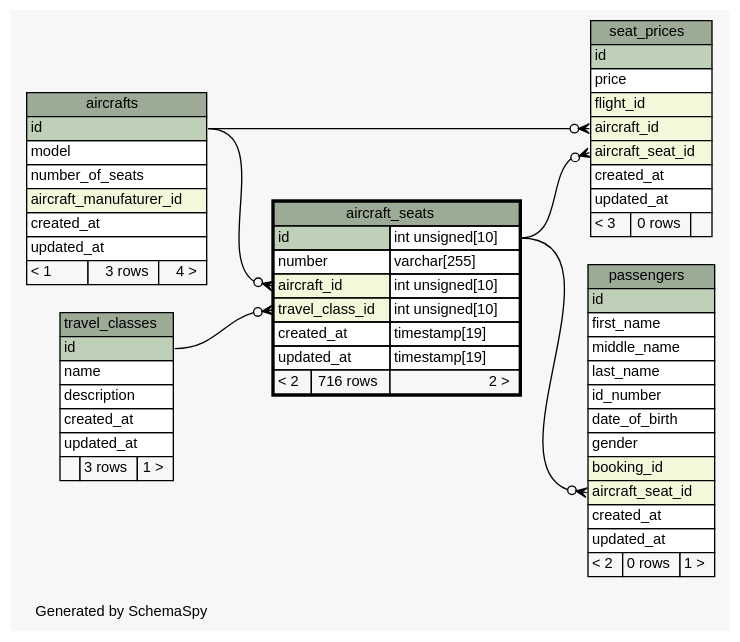
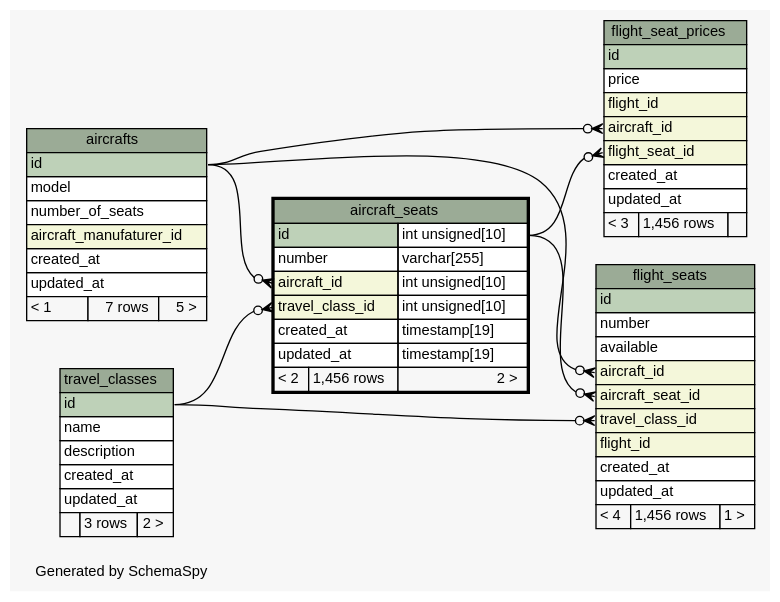
One commit to joaonzangoII/flightbookingsystem changed the diagram in web/app/database/schema/diagrams/aircraft_seats.1degree.dot. Above: the diagram before and after it, drawn with Graphviz. The commit also changed 129 other files, not shown here.

```diff
--- a/web/app/database/schema/diagrams/aircraft_seats.1degree.dot
+++ b/web/app/database/schema/diagrams/aircraft_seats.1degree.dot
@@ -1,107 +1,107 @@
-// dot 2.38.0 on Linux 4.8.0-46-generic
+// dot 2.38.0 on Linux 4.8.0-49-generic
 // SchemaSpy rev 590
 digraph "oneDegreeRelationshipsDiagram" {
   graph [
     rankdir="RL"
     bgcolor="#f7f7f7"
     label="\nGenerated by SchemaSpy"
     labeljust="l"
     nodesep="0.18"
     ranksep="0.46"
     fontname="Helvetica"
     fontsize="11"
   ];
   node [
     fontname="Helvetica"
     fontsize="11"
     shape="plaintext"
   ];
   edge [
     arrowsize="0.8"
   ];
   "aircraft_seats":"aircraft_id":w -> "aircrafts":"id":e [arrowhead=none dir=back arrowtail=crowodot];
   "aircraft_seats":"travel_class_id":w -> "travel_classes":"id":e [arrowhead=none dir=back arrowtail=crowodot];
-  "passengers":"aircraft_seat_id":w -> "aircraft_seats":"id.type":e [arrowhead=none dir=back arrowtail=crowodot];
-  "seat_prices":"aircraft_id":w -> "aircrafts":"id":e [arrowhead=none dir=back arrowtail=crowodot];
-  "seat_prices":"aircraft_seat_id":w -> "aircraft_seats":"id.type":e [arrowhead=none dir=back arrowtail=crowodot];
+  "flight_seat_prices":"aircraft_id":w -> "aircrafts":"id":e [arrowhead=none dir=back arrowtail=crowodot];
+  "flight_seat_prices":"flight_seat_id":w -> "aircraft_seats":"id.type":e [arrowhead=none dir=back arrowtail=crowodot];
+  "flight_seats":"aircraft_id":w -> "aircrafts":"id":e [arrowhead=none dir=back arrowtail=crowodot];
+  "flight_seats":"aircraft_seat_id":w -> "aircraft_seats":"id.type":e [arrowhead=none dir=back arrowtail=crowodot];
+  "flight_seats":"travel_class_id":w -> "travel_classes":"id":e [arrowhead=none dir=back arrowtail=crowodot];
   "aircraft_seats" [
     label=<
     <TABLE BORDER="2" CELLBORDER="1" CELLSPACING="0" BGCOLOR="#ffffff">
       <TR><TD COLSPAN="3" BGCOLOR="#9bab96" ALIGN="CENTER">aircraft_seats</TD></TR>
       <TR><TD PORT="id" COLSPAN="2" BGCOLOR="#bed1b8" ALIGN="LEFT">id</TD><TD PORT="id.type" ALIGN="LEFT">int unsigned[10]</TD></TR>
       <TR><TD PORT="number" COLSPAN="2" ALIGN="LEFT">number</TD><TD PORT="number.type" ALIGN="LEFT">varchar[255]</TD></TR>
       <TR><TD PORT="aircraft_id" COLSPAN="2" BGCOLOR="#f4f7da" ALIGN="LEFT">aircraft_id</TD><TD PORT="aircraft_id.type" ALIGN="LEFT">int unsigned[10]</TD></TR>
       <TR><TD PORT="travel_class_id" COLSPAN="2" BGCOLOR="#f4f7da" ALIGN="LEFT">travel_class_id</TD><TD PORT="travel_class_id.type" ALIGN="LEFT">int unsigned[10]</TD></TR>
       <TR><TD PORT="created_at" COLSPAN="2" ALIGN="LEFT">created_at</TD><TD PORT="created_at.type" ALIGN="LEFT">timestamp[19]</TD></TR>
       <TR><TD PORT="updated_at" COLSPAN="2" ALIGN="LEFT">updated_at</TD><TD PORT="updated_at.type" ALIGN="LEFT">timestamp[19]</TD></TR>
-      <TR><TD ALIGN="LEFT" BGCOLOR="#f7f7f7">&lt; 2</TD><TD ALIGN="RIGHT" BGCOLOR="#f7f7f7">716 rows</TD><TD ALIGN="RIGHT" BGCOLOR="#f7f7f7">2 &gt;</TD></TR>
+      <TR><TD ALIGN="LEFT" BGCOLOR="#f7f7f7">&lt; 2</TD><TD ALIGN="RIGHT" BGCOLOR="#f7f7f7">1,456 rows</TD><TD ALIGN="RIGHT" BGCOLOR="#f7f7f7">2 &gt;</TD></TR>
     </TABLE>>
     URL="aircraft_seats.html"
     tooltip="aircraft_seats"
   ];
   "aircrafts" [
     label=<
     <TABLE BORDER="0" CELLBORDER="1" CELLSPACING="0" BGCOLOR="#ffffff">
       <TR><TD COLSPAN="3" BGCOLOR="#9bab96" ALIGN="CENTER">aircrafts</TD></TR>
       <TR><TD PORT="id" COLSPAN="3" BGCOLOR="#bed1b8" ALIGN="LEFT">id</TD></TR>
       <TR><TD PORT="model" COLSPAN="3" ALIGN="LEFT">model</TD></TR>
       <TR><TD PORT="number_of_seats" COLSPAN="3" ALIGN="LEFT">number_of_seats</TD></TR>
       <TR><TD PORT="aircraft_manufaturer_id" COLSPAN="3" BGCOLOR="#f4f7da" ALIGN="LEFT">aircraft_manufaturer_id</TD></TR>
       <TR><TD PORT="created_at" COLSPAN="3" ALIGN="LEFT">created_at</TD></TR>
       <TR><TD PORT="updated_at" COLSPAN="3" ALIGN="LEFT">updated_at</TD></TR>
-      <TR><TD ALIGN="LEFT" BGCOLOR="#f7f7f7">&lt; 1</TD><TD ALIGN="RIGHT" BGCOLOR="#f7f7f7">3 rows</TD><TD ALIGN="RIGHT" BGCOLOR="#f7f7f7">4 &gt;</TD></TR>
+      <TR><TD ALIGN="LEFT" BGCOLOR="#f7f7f7">&lt; 1</TD><TD ALIGN="RIGHT" BGCOLOR="#f7f7f7">7 rows</TD><TD ALIGN="RIGHT" BGCOLOR="#f7f7f7">5 &gt;</TD></TR>
     </TABLE>>
     URL="aircrafts.html"
     tooltip="aircrafts"
   ];
-  "passengers" [
+  "flight_seat_prices" [
     label=<
     <TABLE BORDER="0" CELLBORDER="1" CELLSPACING="0" BGCOLOR="#ffffff">
-      <TR><TD COLSPAN="3" BGCOLOR="#9bab96" ALIGN="CENTER">passengers</TD></TR>
-      <TR><TD PORT="id" COLSPAN="3" BGCOLOR="#bed1b8" ALIGN="LEFT">id</TD></TR>
-      <TR><TD PORT="first_name" COLSPAN="3" ALIGN="LEFT">first_name</TD></TR>
-      <TR><TD PORT="middle_name" COLSPAN="3" ALIGN="LEFT">middle_name</TD></TR>
-      <TR><TD PORT="last_name" COLSPAN="3" ALIGN="LEFT">last_name</TD></TR>
-      <TR><TD PORT="id_number" COLSPAN="3" ALIGN="LEFT">id_number</TD></TR>
-      <TR><TD PORT="date_of_birth" COLSPAN="3" ALIGN="LEFT">date_of_birth</TD></TR>
-      <TR><TD PORT="gender" COLSPAN="3" ALIGN="LEFT">gender</TD></TR>
-      <TR><TD PORT="booking_id" COLSPAN="3" BGCOLOR="#f4f7da" ALIGN="LEFT">booking_id</TD></TR>
-      <TR><TD PORT="aircraft_seat_id" COLSPAN="3" BGCOLOR="#f4f7da" ALIGN="LEFT">aircraft_seat_id</TD></TR>
-      <TR><TD PORT="created_at" COLSPAN="3" ALIGN="LEFT">created_at</TD></TR>
-      <TR><TD PORT="updated_at" COLSPAN="3" ALIGN="LEFT">updated_at</TD></TR>
-      <TR><TD ALIGN="LEFT" BGCOLOR="#f7f7f7">&lt; 2</TD><TD ALIGN="RIGHT" BGCOLOR="#f7f7f7">0 rows</TD><TD ALIGN="RIGHT" BGCOLOR="#f7f7f7">1 &gt;</TD></TR>
-    </TABLE>>
-    URL="passengers.html"
-    tooltip="passengers"
-  ];
-  "seat_prices" [
-    label=<
-    <TABLE BORDER="0" CELLBORDER="1" CELLSPACING="0" BGCOLOR="#ffffff">
-      <TR><TD COLSPAN="3" BGCOLOR="#9bab96" ALIGN="CENTER">seat_prices</TD></TR>
+      <TR><TD COLSPAN="3" BGCOLOR="#9bab96" ALIGN="CENTER">flight_seat_prices</TD></TR>
       <TR><TD PORT="id" COLSPAN="3" BGCOLOR="#bed1b8" ALIGN="LEFT">id</TD></TR>
       <TR><TD PORT="price" COLSPAN="3" ALIGN="LEFT">price</TD></TR>
       <TR><TD PORT="flight_id" COLSPAN="3" BGCOLOR="#f4f7da" ALIGN="LEFT">flight_id</TD></TR>
       <TR><TD PORT="aircraft_id" COLSPAN="3" BGCOLOR="#f4f7da" ALIGN="LEFT">aircraft_id</TD></TR>
-      <TR><TD PORT="aircraft_seat_id" COLSPAN="3" BGCOLOR="#f4f7da" ALIGN="LEFT">aircraft_seat_id</TD></TR>
+      <TR><TD PORT="flight_seat_id" COLSPAN="3" BGCOLOR="#f4f7da" ALIGN="LEFT">flight_seat_id</TD></TR>
       <TR><TD PORT="created_at" COLSPAN="3" ALIGN="LEFT">created_at</TD></TR>
       <TR><TD PORT="updated_at" COLSPAN="3" ALIGN="LEFT">updated_at</TD></TR>
-      <TR><TD ALIGN="LEFT" BGCOLOR="#f7f7f7">&lt; 3</TD><TD ALIGN="RIGHT" BGCOLOR="#f7f7f7">0 rows</TD><TD ALIGN="RIGHT" BGCOLOR="#f7f7f7">  </TD></TR>
+      <TR><TD ALIGN="LEFT" BGCOLOR="#f7f7f7">&lt; 3</TD><TD ALIGN="RIGHT" BGCOLOR="#f7f7f7">1,456 rows</TD><TD ALIGN="RIGHT" BGCOLOR="#f7f7f7">  </TD></TR>
     </TABLE>>
-    URL="seat_prices.html"
-    tooltip="seat_prices"
+    URL="flight_seat_prices.html"
+    tooltip="flight_seat_prices"
+  ];
+  "flight_seats" [
+    label=<
+    <TABLE BORDER="0" CELLBORDER="1" CELLSPACING="0" BGCOLOR="#ffffff">
+      <TR><TD COLSPAN="3" BGCOLOR="#9bab96" ALIGN="CENTER">flight_seats</TD></TR>
+      <TR><TD PORT="id" COLSPAN="3" BGCOLOR="#bed1b8" ALIGN="LEFT">id</TD></TR>
+      <TR><TD PORT="number" COLSPAN="3" ALIGN="LEFT">number</TD></TR>
+      <TR><TD PORT="available" COLSPAN="3" ALIGN="LEFT">available</TD></TR>
+      <TR><TD PORT="aircraft_id" COLSPAN="3" BGCOLOR="#f4f7da" ALIGN="LEFT">aircraft_id</TD></TR>
+      <TR><TD PORT="aircraft_seat_id" COLSPAN="3" BGCOLOR="#f4f7da" ALIGN="LEFT">aircraft_seat_id</TD></TR>
+      <TR><TD PORT="travel_class_id" COLSPAN="3" BGCOLOR="#f4f7da" ALIGN="LEFT">travel_class_id</TD></TR>
+      <TR><TD PORT="flight_id" COLSPAN="3" BGCOLOR="#f4f7da" ALIGN="LEFT">flight_id</TD></TR>
+      <TR><TD PORT="created_at" COLSPAN="3" ALIGN="LEFT">created_at</TD></TR>
+      <TR><TD PORT="updated_at" COLSPAN="3" ALIGN="LEFT">updated_at</TD></TR>
+      <TR><TD ALIGN="LEFT" BGCOLOR="#f7f7f7">&lt; 4</TD><TD ALIGN="RIGHT" BGCOLOR="#f7f7f7">1,456 rows</TD><TD ALIGN="RIGHT" BGCOLOR="#f7f7f7">1 &gt;</TD></TR>
+    </TABLE>>
+    URL="flight_seats.html"
+    tooltip="flight_seats"
   ];
   "travel_classes" [
     label=<
     <TABLE BORDER="0" CELLBORDER="1" CELLSPACING="0" BGCOLOR="#ffffff">
       <TR><TD COLSPAN="3" BGCOLOR="#9bab96" ALIGN="CENTER">travel_classes</TD></TR>
       <TR><TD PORT="id" COLSPAN="3" BGCOLOR="#bed1b8" ALIGN="LEFT">id</TD></TR>
       <TR><TD PORT="name" COLSPAN="3" ALIGN="LEFT">name</TD></TR>
       <TR><TD PORT="description" COLSPAN="3" ALIGN="LEFT">description</TD></TR>
       <TR><TD PORT="created_at" COLSPAN="3" ALIGN="LEFT">created_at</TD></TR>
       <TR><TD PORT="updated_at" COLSPAN="3" ALIGN="LEFT">updated_at</TD></TR>
-      <TR><TD ALIGN="LEFT" BGCOLOR="#f7f7f7">  </TD><TD ALIGN="RIGHT" BGCOLOR="#f7f7f7">3 rows</TD><TD ALIGN="RIGHT" BGCOLOR="#f7f7f7">1 &gt;</TD></TR>
+      <TR><TD ALIGN="LEFT" BGCOLOR="#f7f7f7">  </TD><TD ALIGN="RIGHT" BGCOLOR="#f7f7f7">3 rows</TD><TD ALIGN="RIGHT" BGCOLOR="#f7f7f7">2 &gt;</TD></TR>
     </TABLE>>
     URL="travel_classes.html"
     tooltip="travel_classes"
   ];
 }
```
